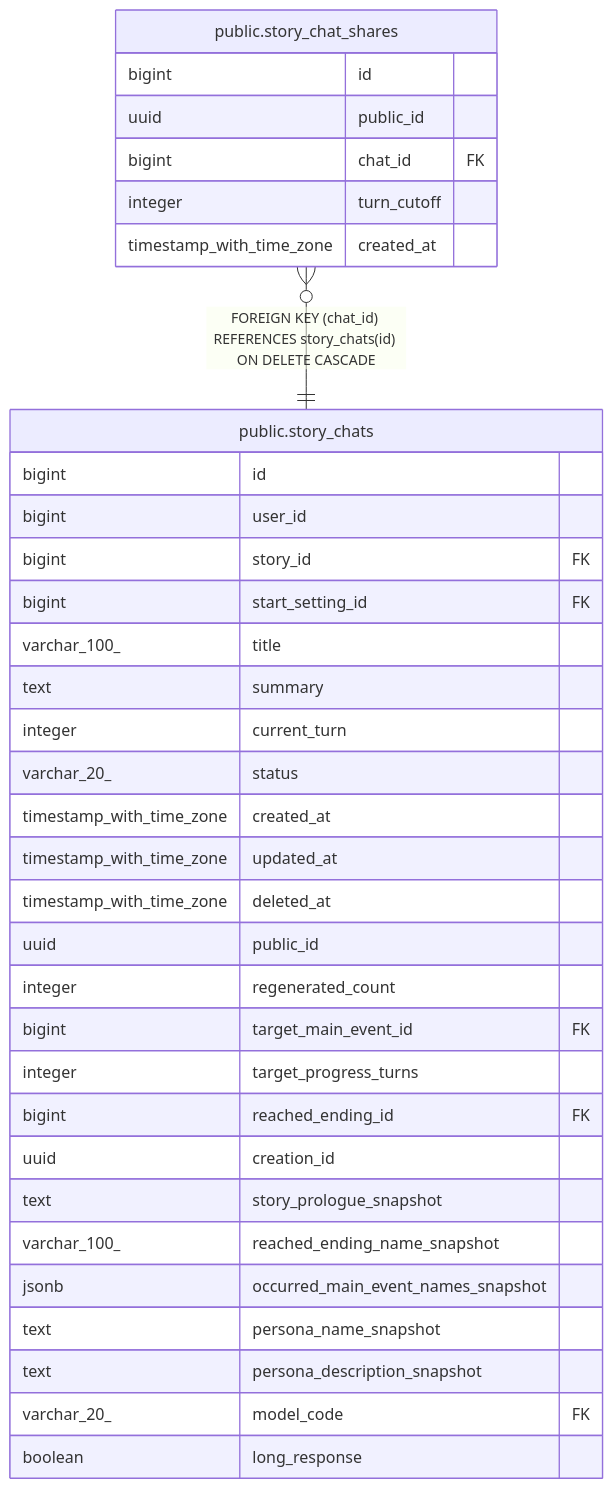
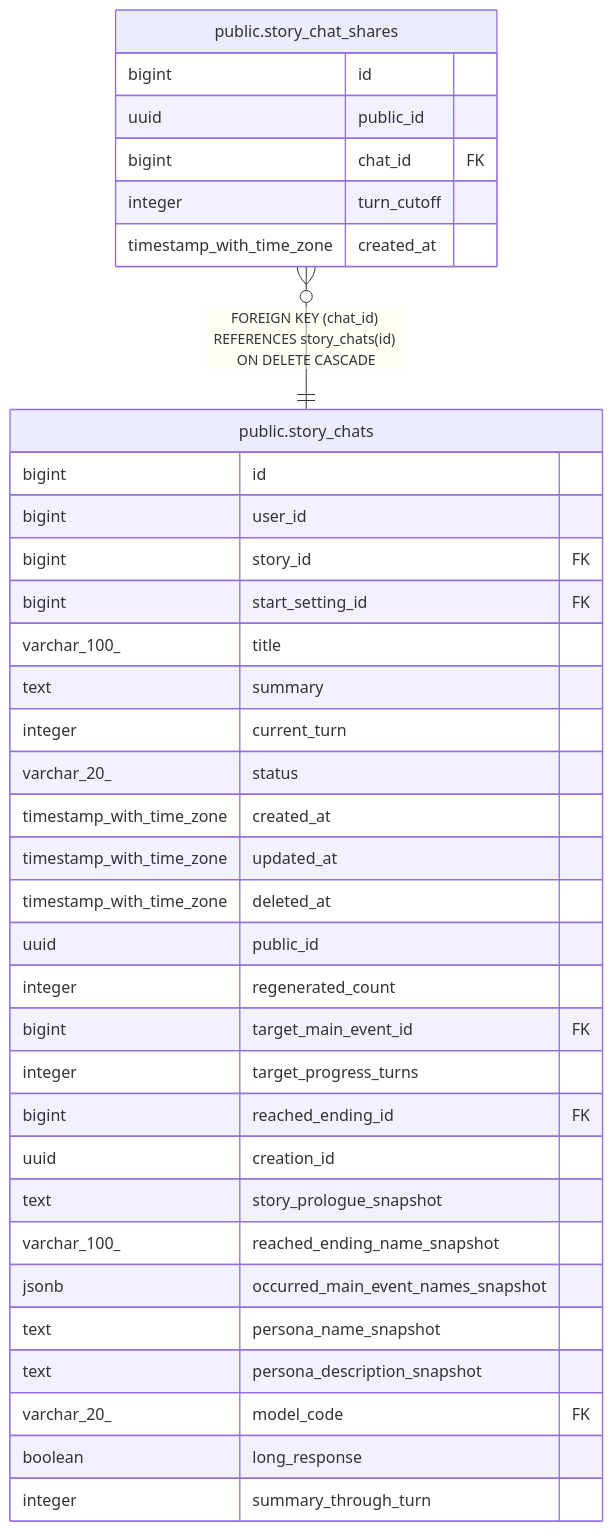
Before and after one commit to KIM-N-KANG/manyak-server: the diagram in dbdoc/public.story_chat_shares.md, drawn with Mermaid. The commit also changed 32 other files, not shown here.

````diff
--- a/dbdoc/public.story_chat_shares.md
+++ b/dbdoc/public.story_chat_shares.md
@@ -32,39 +32,40 @@
 ```mermaid
 erDiagram
 
 "public.story_chat_shares" }o--|| "public.story_chats" : "FOREIGN KEY (chat_id) REFERENCES story_chats(id) ON DELETE CASCADE"
 
 "public.story_chat_shares" {
   bigint id
   uuid public_id
   bigint chat_id FK
   integer turn_cutoff
   timestamp_with_time_zone created_at
 }
 "public.story_chats" {
   bigint id
   bigint user_id
   bigint story_id FK
   bigint start_setting_id FK
   varchar_100_ title
   text summary
   integer current_turn
   varchar_20_ status
   timestamp_with_time_zone created_at
   timestamp_with_time_zone updated_at
   timestamp_with_time_zone deleted_at
   uuid public_id
   integer regenerated_count
   bigint target_main_event_id FK
   integer target_progress_turns
   bigint reached_ending_id FK
   uuid creation_id
   text story_prologue_snapshot
   varchar_100_ reached_ending_name_snapshot
   jsonb occurred_main_event_names_snapshot
   text persona_name_snapshot
   text persona_description_snapshot
   varchar_20_ model_code FK
   boolean long_response
+  integer summary_through_turn
 }
 ```
````
